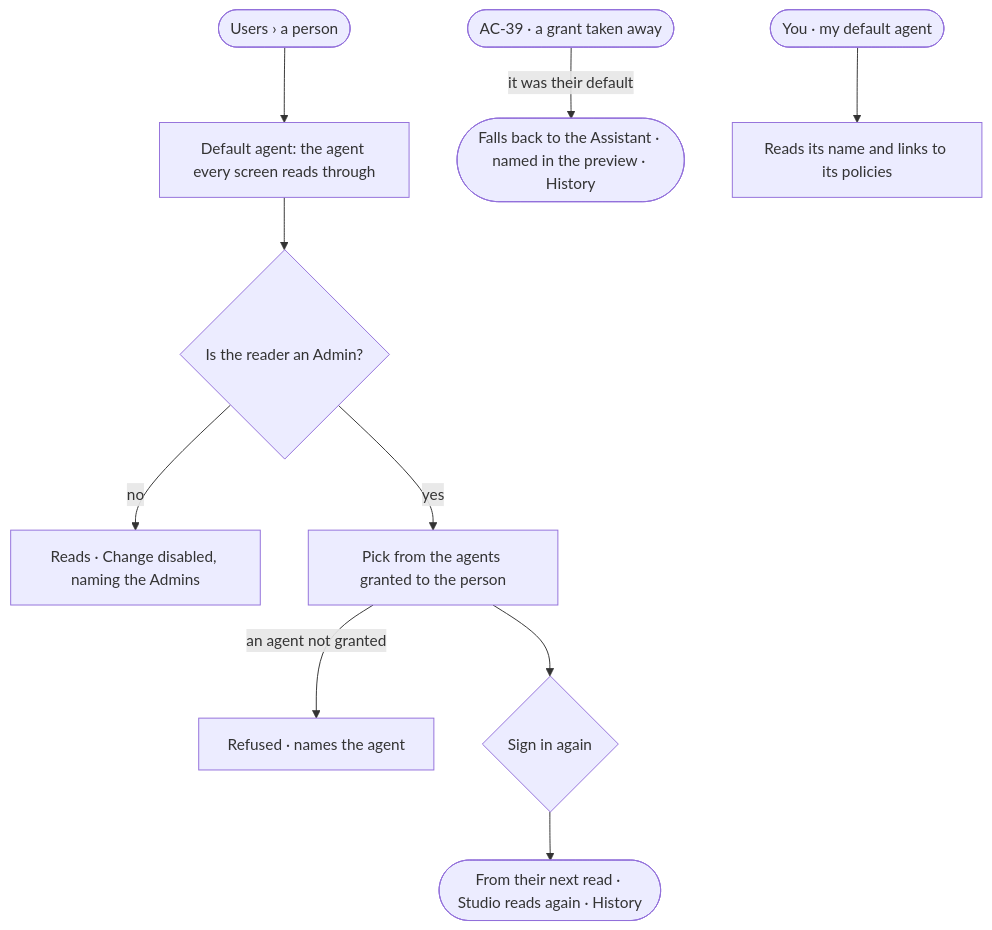
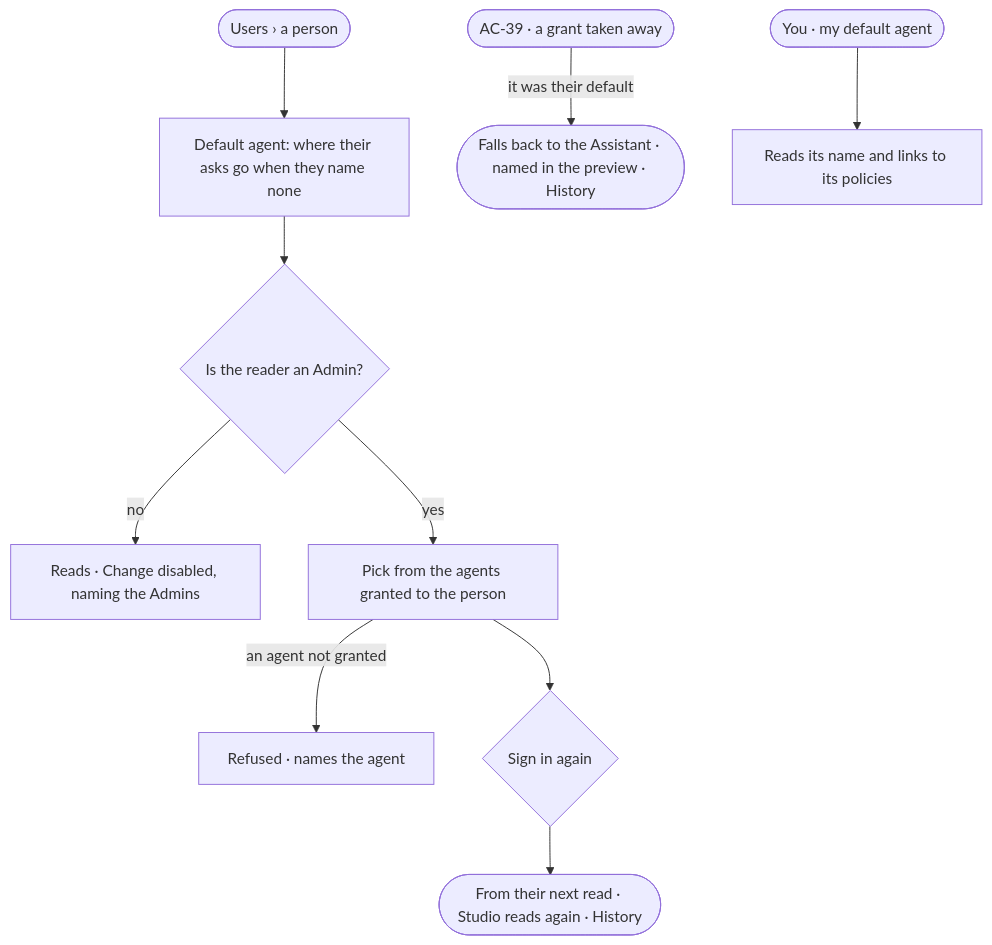
One commit to invana/invana changed the diagram in specs/os/access/features/AC-F03-directory/stories/AC-38-choose-a-persons-default-agent/story.md. Above: the diagram before and after it, drawn with Mermaid. The commit also changed other lines of this file and 106 other files, not shown here.

````diff
--- a/specs/os/access/features/AC-F03-directory/stories/AC-38-choose-a-persons-default-agent/story.md
+++ b/specs/os/access/features/AC-F03-directory/stories/AC-38-choose-a-persons-default-agent/story.md
@@ -26,12 +26,12 @@
 ```mermaid
 flowchart TD
-  p([Users › a person]) --> d["Default agent: the agent every screen reads through"]
+  p([Users › a person]) --> d["Default agent: where their asks go when they name none"]
   d --> who{"Is the reader an Admin?"}
   who -->|no| ro["Reads · Change disabled, naming the Admins"]
   who -->|yes| pick["Pick from the agents granted to the person"]
   pick -->|an agent not granted| ref["Refused · names the agent"]
   pick --> pw{"Sign in again"}
   pw --> saved(["From their next read · Studio reads again · History"])
   g([AC-39 · a grant taken away]) -->|it was their default| fb(["Falls back to the Assistant · named in the preview · History"])
   me([You · my default agent]) --> mine["Reads its name and links to its policies"]
 ```
````
